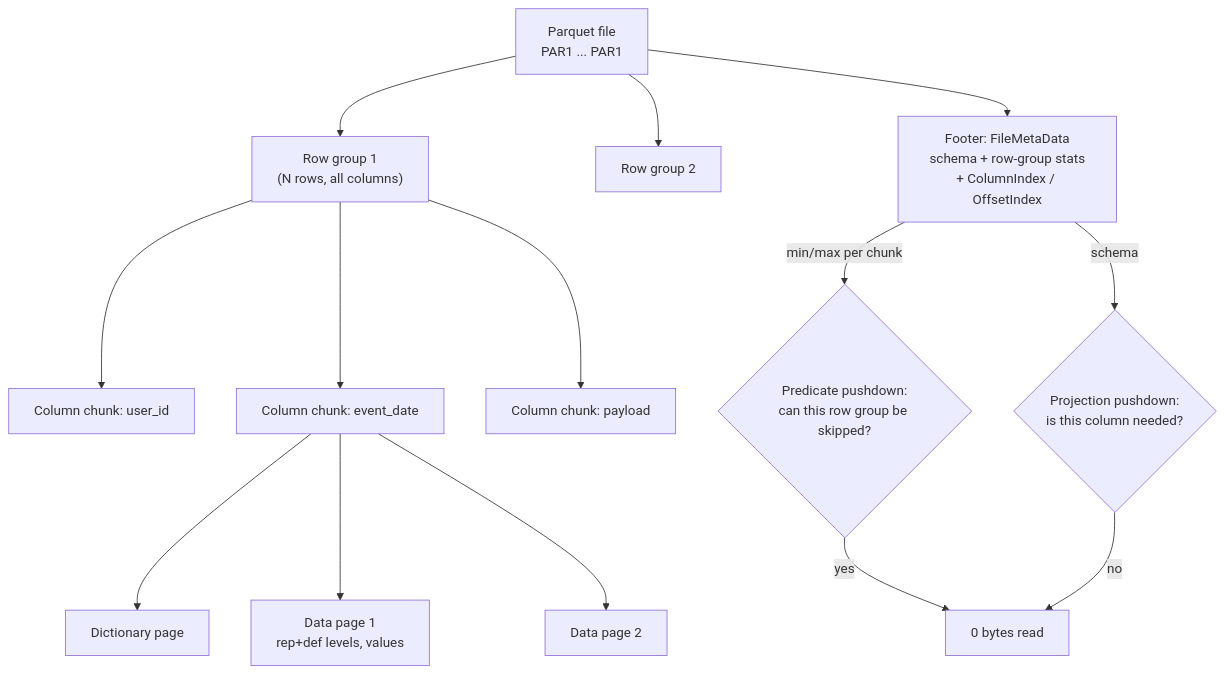
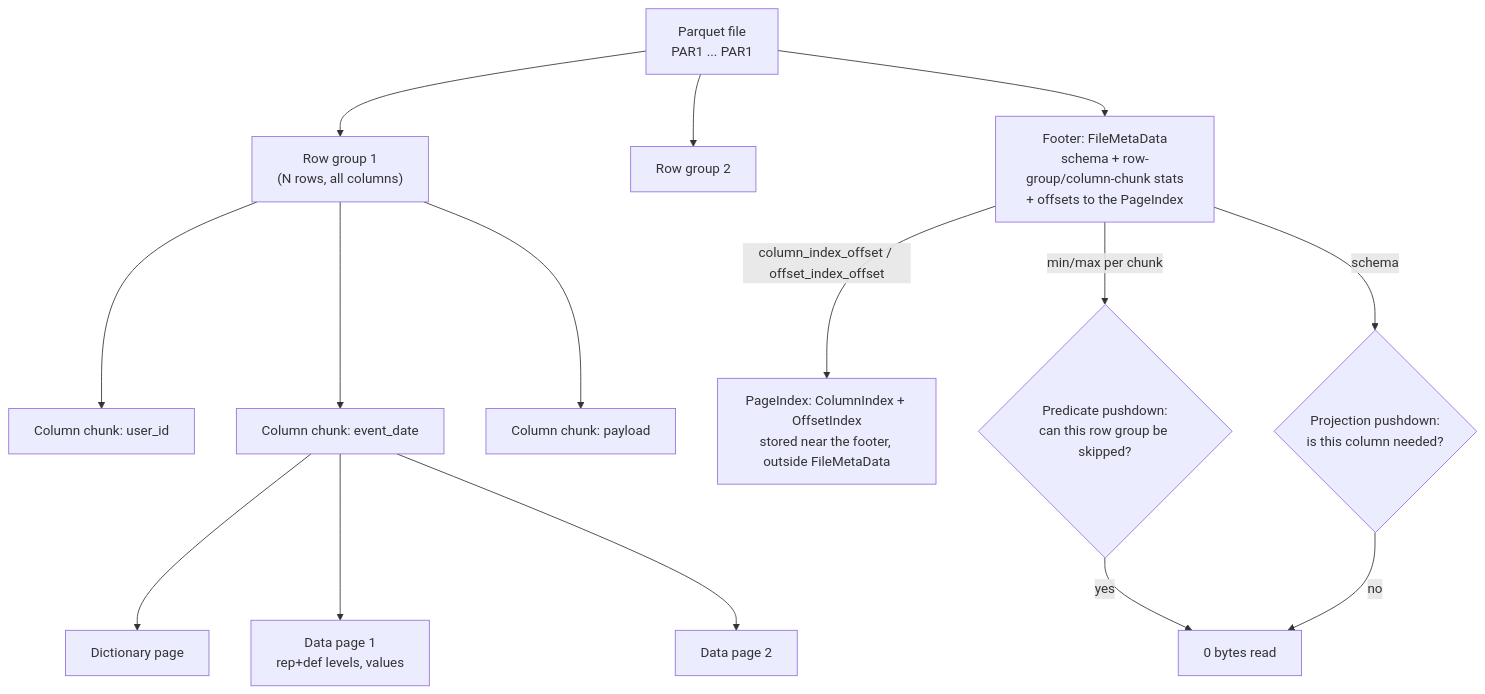
The diagram in .github/skills/parquet-internals-coach/SKILL.md (ArasaniRohithReddy/LearningOS), drawn with Mermaid before and after one commit. The commit also changed 28 other files, not shown here.

````diff
--- a/.github/skills/parquet-internals-coach/SKILL.md
+++ b/.github/skills/parquet-internals-coach/SKILL.md
@@ -29,16 +29,17 @@
 ```mermaid
 flowchart TD
   F["Parquet file<br/>PAR1 ... PAR1"] --> RG1["Row group 1<br/>(N rows, all columns)"]
   F --> RG2["Row group 2"]
-  F --> FOOT["Footer: FileMetaData<br/>schema + row-group stats<br/>+ ColumnIndex / OffsetIndex"]
+  F --> FOOT["Footer: FileMetaData<br/>schema + row-group/column-chunk stats<br/>+ offsets to the PageIndex"]
+  FOOT -->|"column_index_offset / offset_index_offset"| PIDX["PageIndex: ColumnIndex + OffsetIndex<br/>stored near the footer, outside FileMetaData"]
   RG1 --> CC1["Column chunk: user_id"]
   RG1 --> CC2["Column chunk: event_date"]
   RG1 --> CC3["Column chunk: payload"]
   CC2 --> DP["Dictionary page"]
   CC2 --> P1["Data page 1<br/>rep+def levels, values"]
   CC2 --> P2["Data page 2"]
   FOOT -->|"min/max per chunk"| SKIP{"Predicate pushdown:<br/>can this row group be skipped?"}
   FOOT -->|"schema"| PROJ{"Projection pushdown:<br/>is this column needed?"}
   SKIP -->|yes| X["0 bytes read"]
   PROJ -->|no| X
 ```
````
